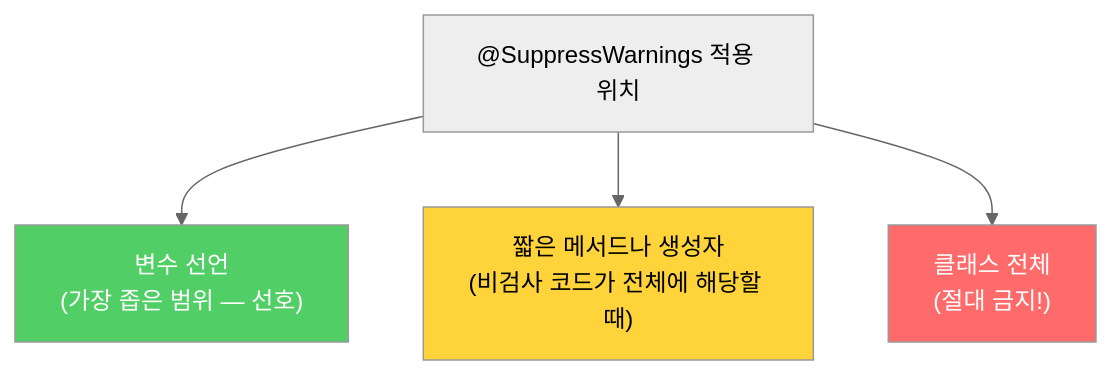
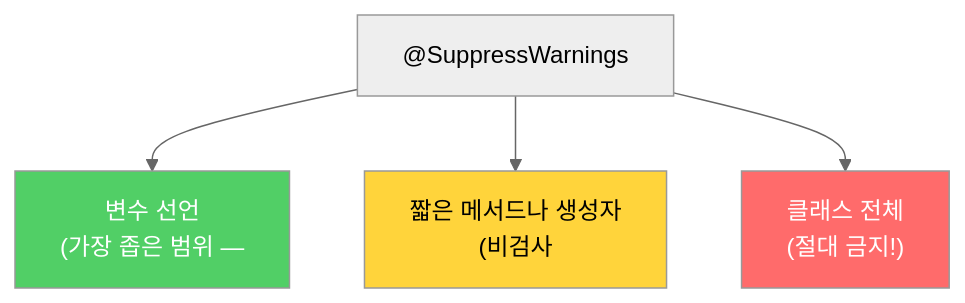
The second of 2 diagrams in _posts/java/2022-01-05-effective-java27.md (yjkim2015/yjkim2015.github.io), drawn with Mermaid (neutral theme) before and after one commit. The commit also changed other lines of this file and 271 other files, not shown here.

First line of the commit message:
Mermaid 라벨 축소: 긴 노드 텍스트 18자 이하로 트림 + \n 제거

````diff
--- a/_posts/java/2022-01-05-effective-java27.md
+++ b/_posts/java/2022-01-05-effective-java27.md
@@ -102,9 +102,9 @@
 ```mermaid
 graph TD
-    A["@SuppressWarnings 적용 위치"] --> B["변수 선언\n(가장 좁은 범위 — 선호)"]
-    A --> C["짧은 메서드나 생성자\n(비검사 코드가 전체에 해당할 때)"]
+    A["@SuppressWarnings"] --> B["변수 선언\n(가장 좁은 범위 —"]
+    A --> C["짧은 메서드나 생성자\n(비검사"]
     A --> D["클래스 전체\n(절대 금지!)"]
     style B fill:#51cf66,color:#fff
     style C fill:#ffd43b
     style D fill:#ff6b6b,color:#fff
 ```
````
